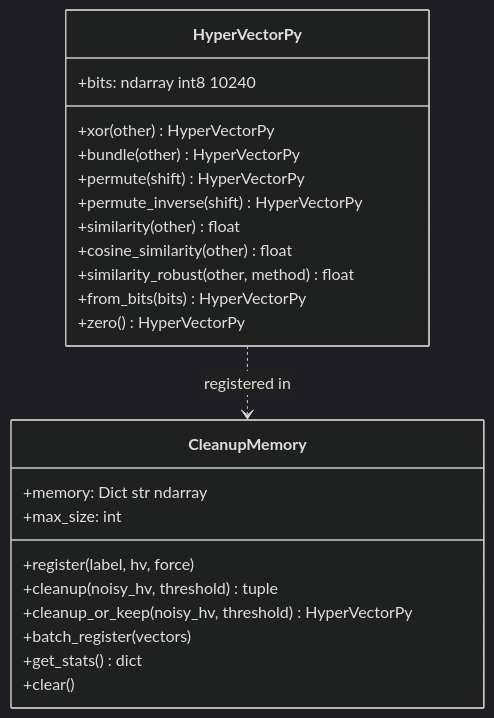
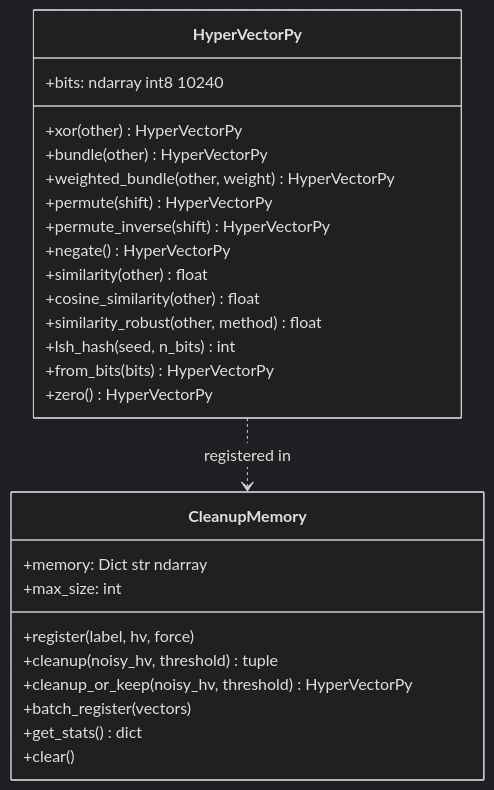
One commit to shiva2321/Neuro-Symbolic-Cognitive-Kernel changed the second of 10 diagrams in nsck/docs/ARCHITECTURE.md. Above: the diagram before and after it, drawn with Mermaid (dark theme). The commit also changed other lines of this file and 7 other files, not shown here.

Commit message:
Docs V7: update all docs to reflect actual V4-V7 implementations — modules, formulas, test counts, benchmarks, diagrams

````diff
--- a/nsck/docs/ARCHITECTURE.md
+++ b/nsck/docs/ARCHITECTURE.md
@@ -107,28 +119,31 @@
 ```mermaid
 classDiagram
     class HyperVectorPy {
         +bits: ndarray int8 10240
         +xor(other) HyperVectorPy
         +bundle(other) HyperVectorPy
+        +weighted_bundle(other, weight) HyperVectorPy
         +permute(shift) HyperVectorPy
         +permute_inverse(shift) HyperVectorPy
+        +negate() HyperVectorPy
         +similarity(other) float
         +cosine_similarity(other) float
         +similarity_robust(other, method) float
+        +lsh_hash(seed, n_bits) int
         +from_bits(bits)  HyperVectorPy
         +zero()  HyperVectorPy
     }
 
     class CleanupMemory {
         +memory: Dict str ndarray
         +max_size: int
         +register(label, hv, force)
         +cleanup(noisy_hv, threshold) tuple
         +cleanup_or_keep(noisy_hv, threshold) HyperVectorPy
         +batch_register(vectors)
         +get_stats() dict
         +clear()
     }
 
     HyperVectorPy ..> CleanupMemory : registered in
 ```
````
